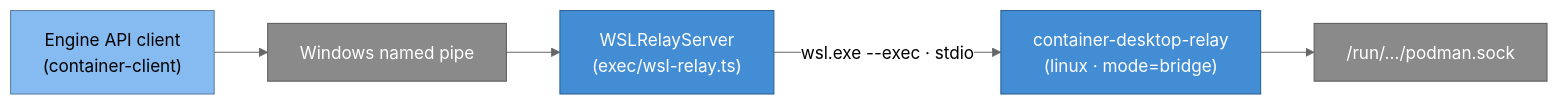
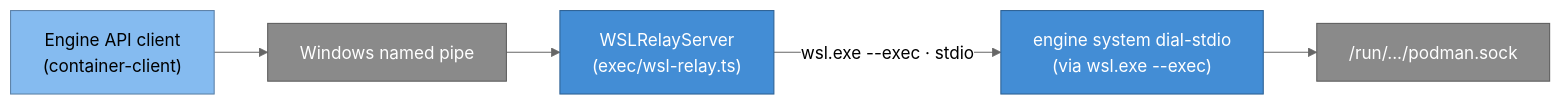
Before and after one commit to iongion/container-desktop: the fifth of 6 diagrams in docs/architecture/connection-startup.md, drawn with Mermaid (neutral theme). The commit also changed other lines of this file and 11 other files, not shown here.

````diff
--- a/docs/architecture/connection-startup.md
+++ b/docs/architecture/connection-startup.md
@@ -188,14 +187,14 @@
 ```mermaid
 flowchart LR
   client["Engine API client<br/>(container-client)"]:::component
   pipe["Windows named pipe"]:::external
   server["WSLRelayServer<br/>(exec/wsl-relay.ts)"]:::container
-  bridge["container-desktop-relay<br/>(linux · mode=bridge)"]:::container
+  dial["engine system dial-stdio<br/>(via wsl.exe --exec)"]:::container
   sock["/run/.../podman.sock"]:::external
 
-  client --> pipe --> server -->|wsl.exe --exec · stdio| bridge --> sock
+  client --> pipe --> server -->|wsl.exe --exec · stdio| dial --> sock
 
   classDef component fill:#85bbf0,color:#000,stroke:#5d82a8;
   classDef container fill:#438dd5,color:#fff,stroke:#2e6295;
   classDef external fill:#8a8a8a,color:#fff,stroke:#5e5e5e;
 ```
````
